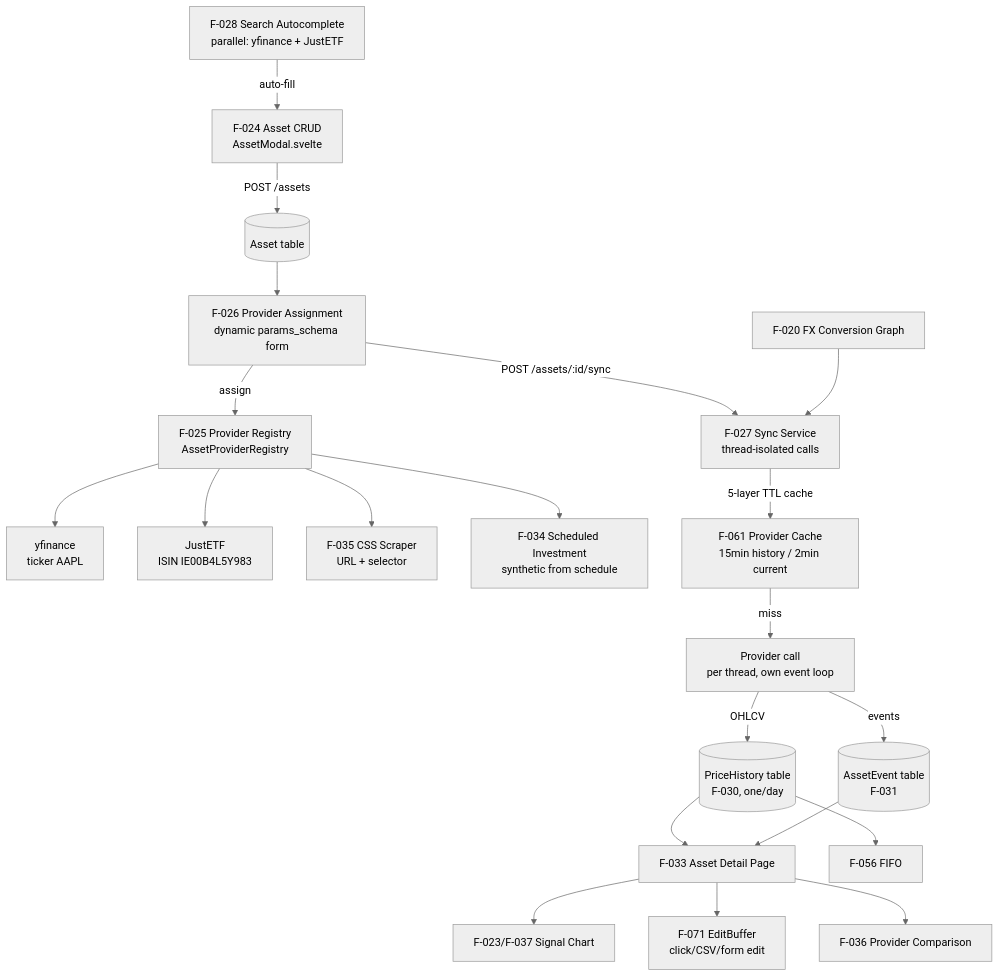
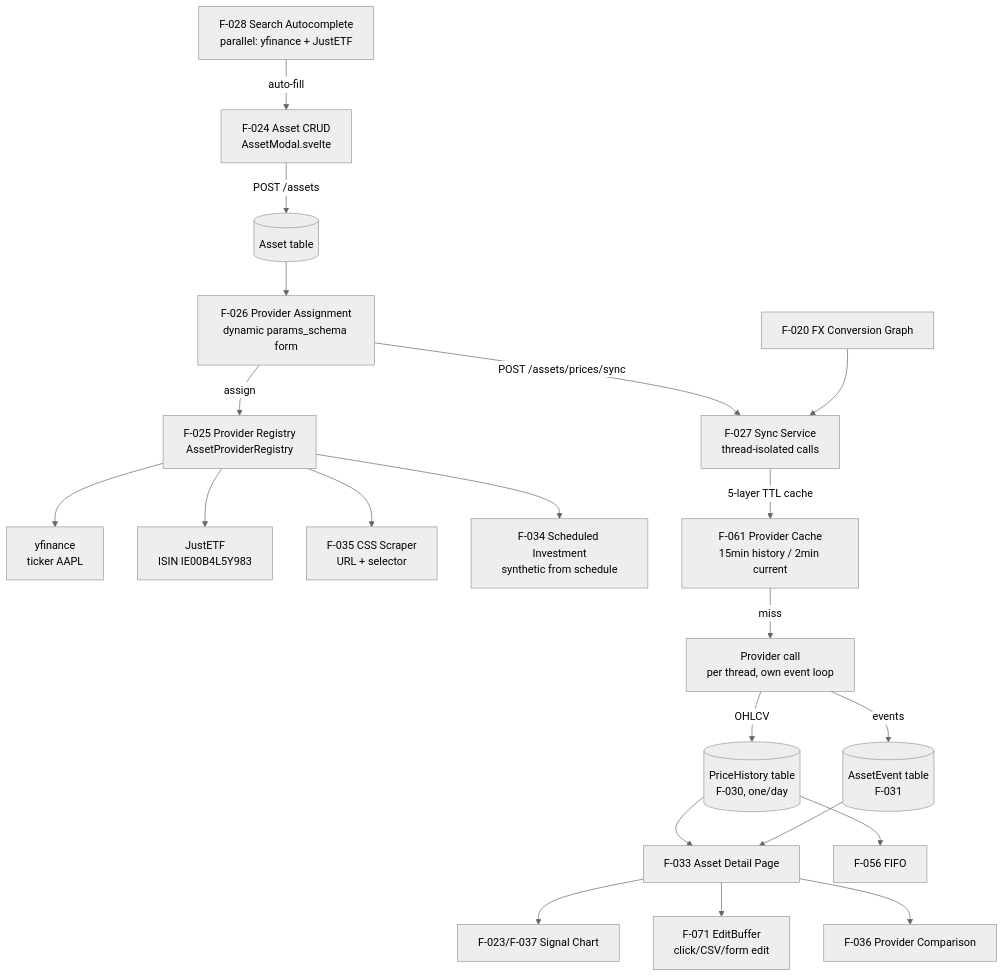
Before and after one commit to Librefolio/LibreFolio: the diagram in LibreFolio_devWiki/wiki/domains/assets.md, drawn with Mermaid (neutral theme). The commit also changed other lines of this file and 11 other files, not shown here.

````diff
--- a/LibreFolio_devWiki/wiki/domains/assets.md
+++ b/LibreFolio_devWiki/wiki/domains/assets.md
@@ -42,23 +45,23 @@
 ```mermaid
 graph TD
     Search[F-028 Search Autocomplete<br/>parallel: yfinance + JustETF] -->|auto-fill| Modal[F-024 Asset CRUD<br/>AssetModal.svelte]
     Modal -->|POST /assets| AssetDB[(Asset table)]
     AssetDB --> ProvAssign[F-026 Provider Assignment<br/>dynamic params_schema form]
     ProvAssign -->|assign| ProvRegistry[F-025 Provider Registry<br/>AssetProviderRegistry]
     ProvRegistry --> YF[yfinance<br/>ticker AAPL]
     ProvRegistry --> JustETF[JustETF<br/>ISIN IE00B4L5Y983]
     ProvRegistry --> CSS[F-035 CSS Scraper<br/>URL + selector]
     ProvRegistry --> SchedInv[F-034 Scheduled Investment<br/>synthetic from schedule]
-    ProvAssign -->|POST /assets/:id/sync| SyncSvc[F-027 Sync Service<br/>thread-isolated calls]
+    ProvAssign -->|POST /assets/prices/sync| SyncSvc[F-027 Sync Service<br/>thread-isolated calls]
     SyncSvc -->|5-layer TTL cache| Cache[F-061 Provider Cache<br/>15min history / 2min current]
     Cache -->|miss| Provider[Provider call<br/>per thread, own event loop]
     Provider -->|OHLCV| PriceDB[(PriceHistory table<br/>F-030, one/day)]
     Provider -->|events| EventDB[(AssetEvent table<br/>F-031)]
     PriceDB --> Detail[F-033 Asset Detail Page]
     EventDB --> Detail
     Detail --> Chart[F-023/F-037 Signal Chart]
     Detail --> Editor[F-071 EditBuffer<br/>click/CSV/form edit]
     Detail --> Compare[F-036 Provider Comparison]
     FXGraph[F-020 FX Conversion Graph] --> SyncSvc
     PriceDB --> FIFO[F-056 FIFO]
 ```
````
